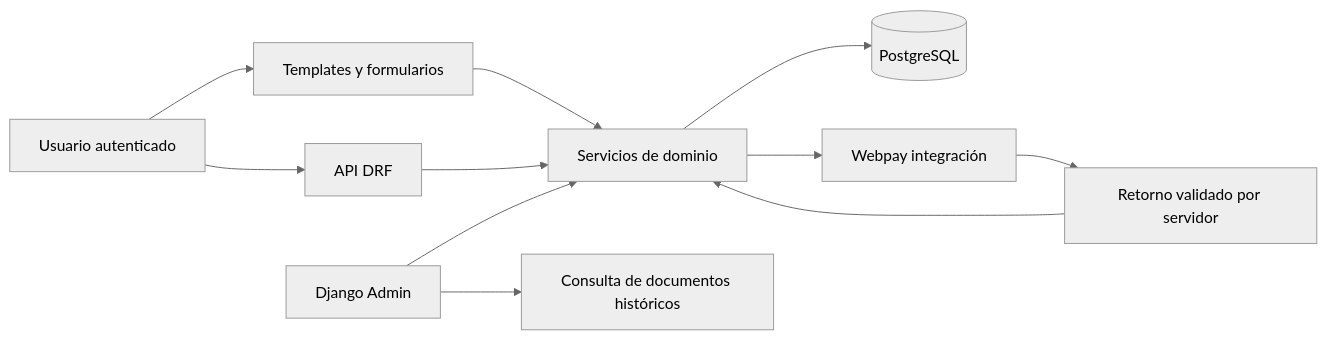
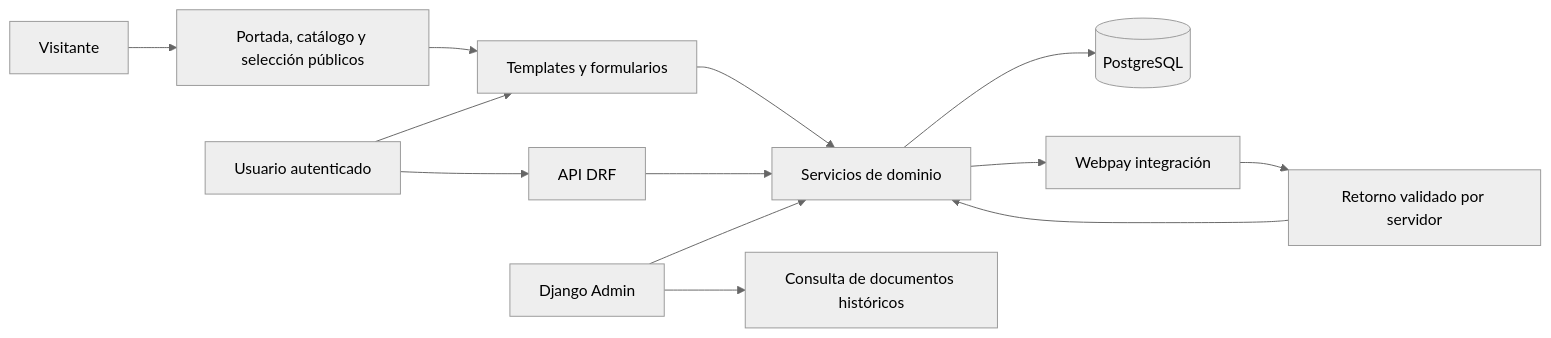
Before and after one commit to Vitoco6844/backend_eva3: the diagram in docs/ARQUITECTURA.md, drawn with Mermaid (neutral theme). The commit also changed other lines of this file and 8 other files, not shown here.

````diff
--- a/docs/ARQUITECTURA.md
+++ b/docs/ARQUITECTURA.md
@@ -6,13 +6,15 @@
 ```mermaid
 flowchart LR
- U[Usuario autenticado] --> W[Templates y formularios]
+ V[Visitante] --> C[Portada, catálogo y selección públicos]
+ C --> W[Templates y formularios]
+ U[Usuario autenticado] --> W
  U --> A[API DRF]
  W --> S[Servicios de dominio]
  A --> S
  D[Django Admin] --> S
  D --> H[Consulta de documentos históricos]
  S --> P[(PostgreSQL)]
  S --> T[Webpay integración]
  T --> R[Retorno validado por servidor]
  R --> S
 ```
````
